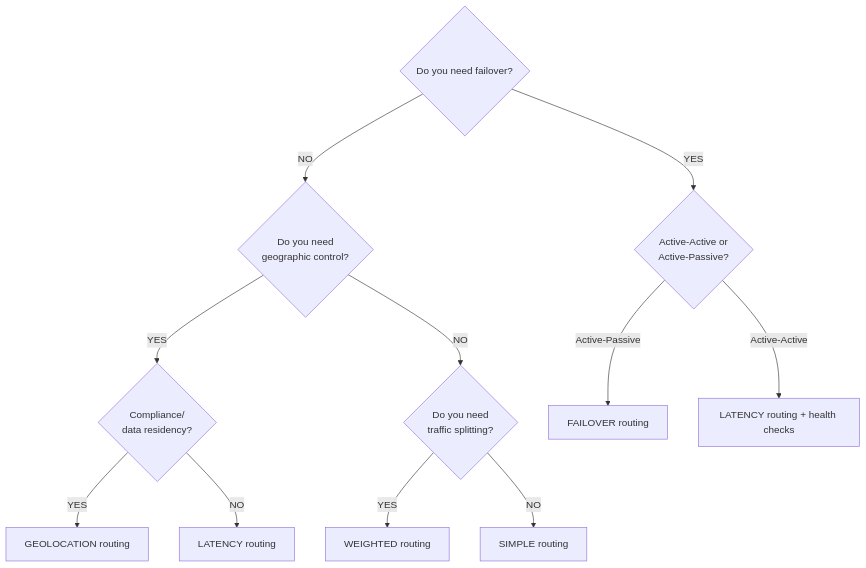
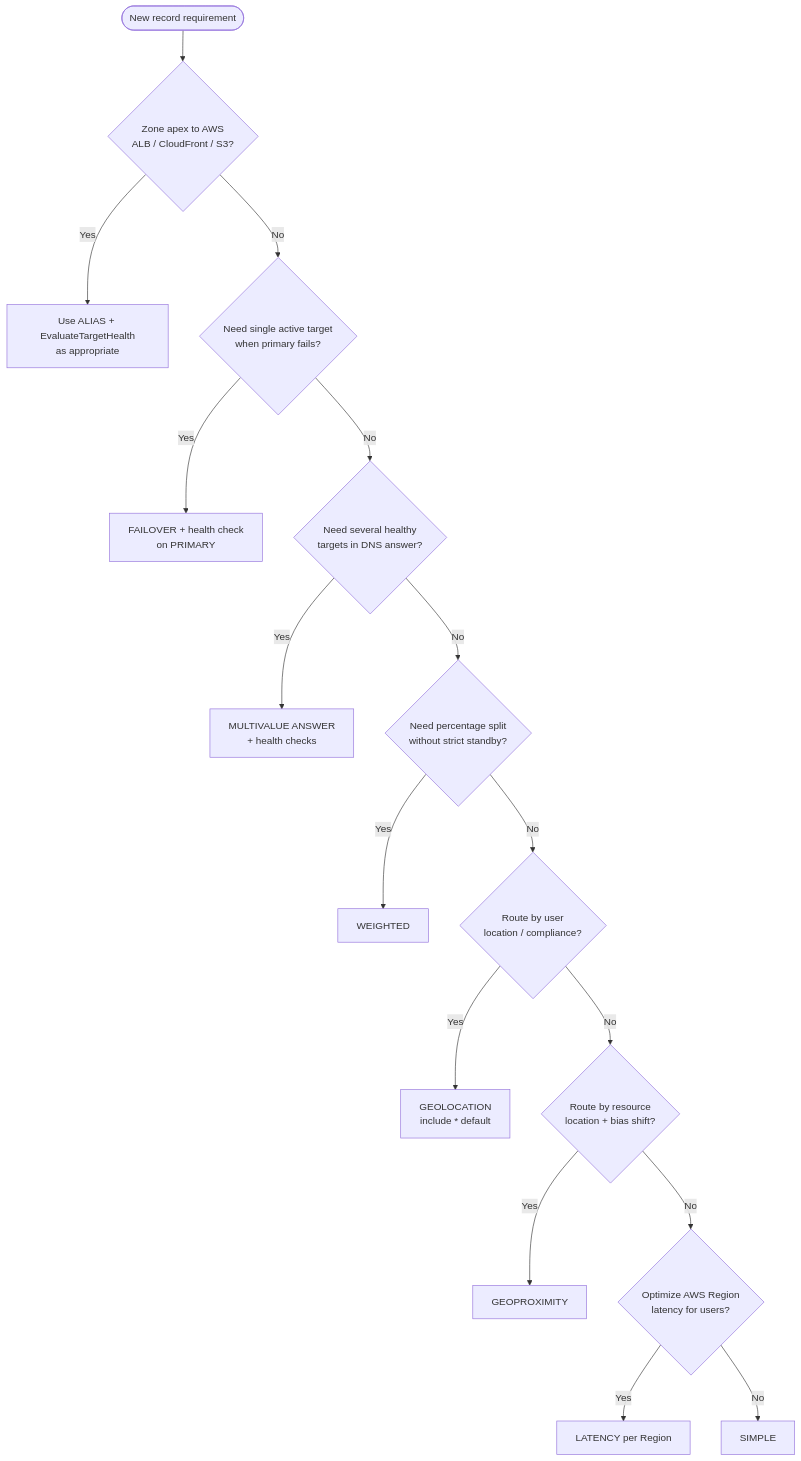
One commit to kube-dojo/kube-dojo changed the third of 4 diagrams in src/content/docs/cloud/aws-essentials/module-1.5-route53.md. Above: the diagram before and after it, drawn with Mermaid. The commit also changed other lines of this file, not shown here.

Commit message:
chore(content): expand module-1.5-route53 to 5000w floor (cloud AWS wave 1)

````diff
--- a/src/content/docs/cloud/aws-essentials/module-1.5-route53.md
+++ b/src/content/docs/cloud/aws-essentials/module-1.5-route53.md
@@ -516,28 +615,35 @@
 ```mermaid
 flowchart TD
-    Start{Do you need failover?}
-    FailType{Active-Active or<br/>Active-Passive?}
-    Geo{Do you need<br/>geographic control?}
-    Comp{Compliance/<br/>data residency?}
-    Split{Do you need<br/>traffic splitting?}
+    Start([New record requirement])
+    Apex{Zone apex to AWS<br/>ALB / CloudFront / S3?}
+    Alias[Use ALIAS + EvaluateTargetHealth<br/>as appropriate]
+    HA{Need single active target<br/>when primary fails?}
+    Failover[FAILOVER + health check<br/>on PRIMARY]
+    Multi{Need several healthy<br/>targets in DNS answer?}
+    MV[MULTIVALUE ANSWER<br/>+ health checks]
+    Split{Need percentage split<br/>without strict standby?}
+    Weight[WEIGHTED]
+    UserGeo{Route by user<br/>location / compliance?}
+    Geo[GEOLOCATION<br/>include * default]
+    ResGeo{Route by resource<br/>location + bias shift?}
+    GeoProx[GEOPROXIMITY]
+    Perf{Optimize AWS Region<br/>latency for users?}
+    Lat[LATENCY per Region]
+    Simple[SIMPLE]
 
-    Failover[FAILOVER routing]
-    LatHC[LATENCY routing + health checks]
-    GeoR[GEOLOCATION routing]
-    LatR[LATENCY routing]
-    Weight[WEIGHTED routing]
-    Simple[SIMPLE routing]
-
-    Start -- YES --> FailType
-    FailType -- Active-Passive --> Failover
-    FailType -- Active-Active --> LatHC
-
-    Start -- NO --> Geo
-    Geo -- YES --> Comp
-    Comp -- YES --> GeoR
-    Comp -- NO --> LatR
-
-    Geo -- NO --> Split
-    Split -- YES --> Weight
-    Split -- NO --> Simple
+    Start --> Apex
+    Apex -- Yes --> Alias
+    Apex -- No --> HA
+    HA -- Yes --> Failover
+    HA -- No --> Multi
+    Multi -- Yes --> MV
+    Multi -- No --> Split
+    Split -- Yes --> Weight
+    Split -- No --> UserGeo
+    UserGeo -- Yes --> Geo
+    UserGeo -- No --> ResGeo
+    ResGeo -- Yes --> GeoProx
+    ResGeo -- No --> Perf
+    Perf -- Yes --> Lat
+    Perf -- No --> Simple
 ```
````
